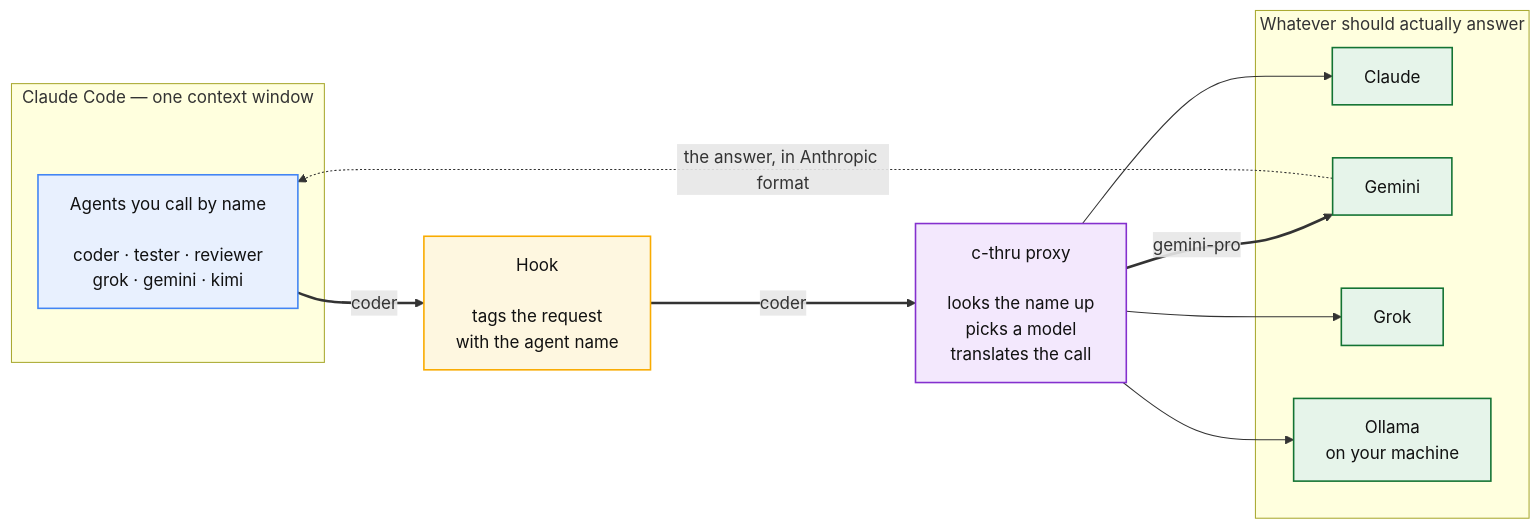
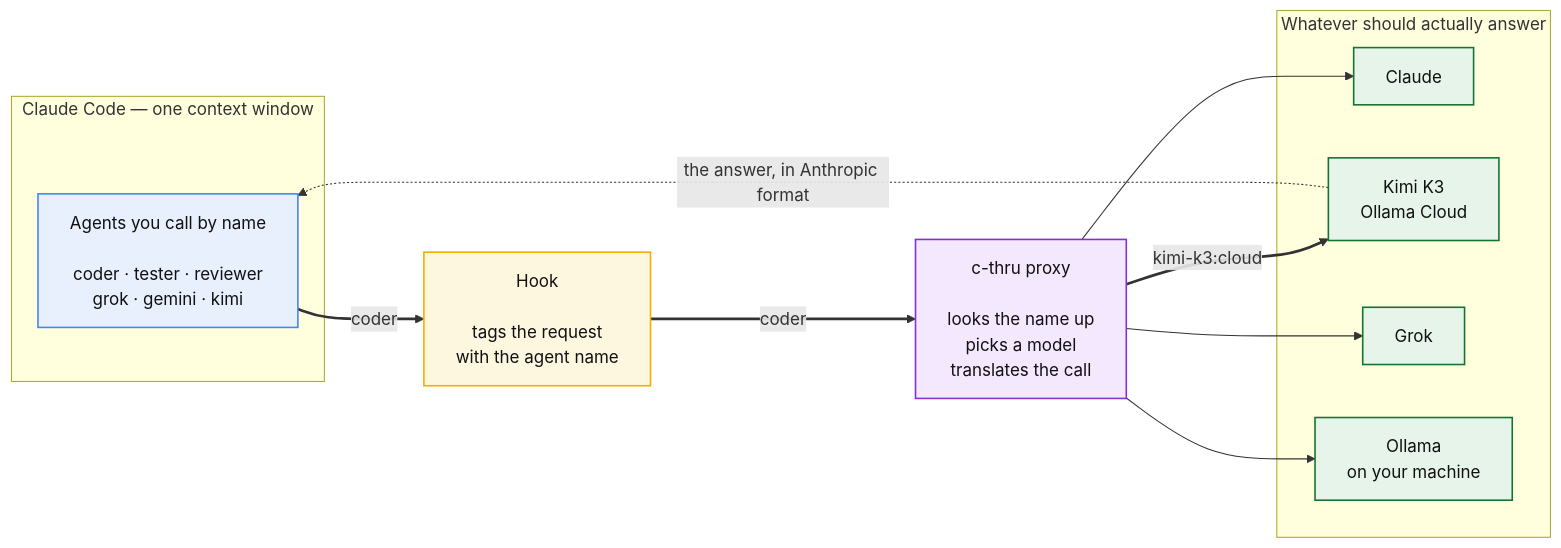
The third of 7 diagrams in README.md (whichguy/c-thru), drawn with Mermaid before and after one commit. The commit also changed other lines of this file and 69 other files, not shown here.

````diff
--- a/README.md
+++ b/README.md
@@ -242,36 +242,36 @@
 ```mermaid
 flowchart LR
     subgraph CC["Claude Code — one context window"]
         AGENTS["Agents you call by name<br/><br/>coder · tester · reviewer<br/>grok · gemini · kimi"]
     end
 
     HOOK["Hook<br/><br/>tags the request<br/>with the agent name"]
 
     PROXY["c-thru proxy<br/><br/>looks the name up<br/>picks a model<br/>translates the call"]
 
     subgraph MODELS["Whatever should actually answer"]
         M1["Claude"]
-        M2["Gemini"]
+        M2["Kimi K3<br/>Ollama Cloud"]
         M3["Grok"]
         M4["Ollama<br/>on your machine"]
     end
 
     AGENTS -->|"coder"| HOOK
     HOOK -->|"coder"| PROXY
-    PROXY -->|"gemini-pro"| M2
+    PROXY -->|"kimi-k3:cloud"| M2
     PROXY --> M1
     PROXY --> M3
     PROXY --> M4
     M2 -.->|"the answer, in Anthropic format"| AGENTS
 
     linkStyle 0,1,2 stroke-width:2.5px
 
     classDef harness  fill:#E8F0FE,stroke:#4285F4,stroke-width:1.5px,color:#111
     classDef hook     fill:#FEF7E0,stroke:#F9AB00,stroke-width:1.5px,color:#111
     classDef proxy    fill:#F3E8FD,stroke:#8430CE,stroke-width:1.5px,color:#111
     classDef provider fill:#E6F4EA,stroke:#137333,stroke-width:1.5px,color:#111
     class AGENTS harness
     class HOOK hook
     class PROXY proxy
     class M1,M2,M3,M4 provider
 ```
````
